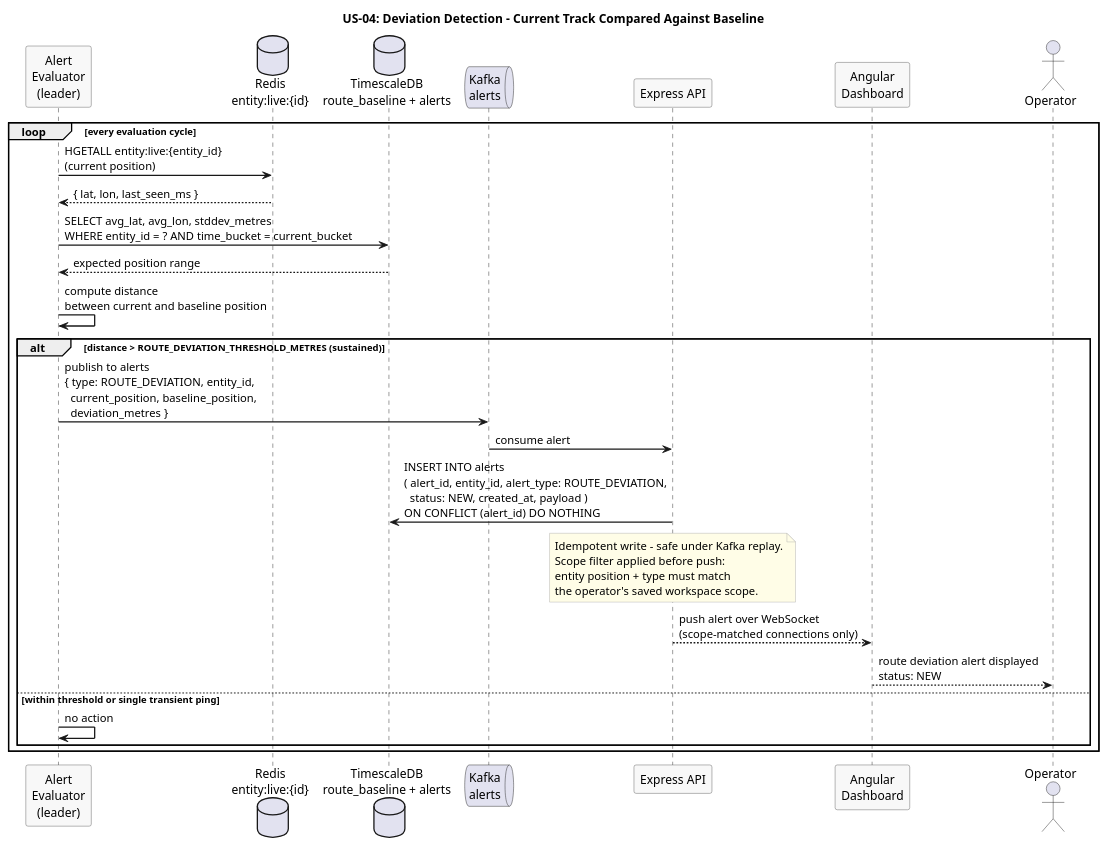
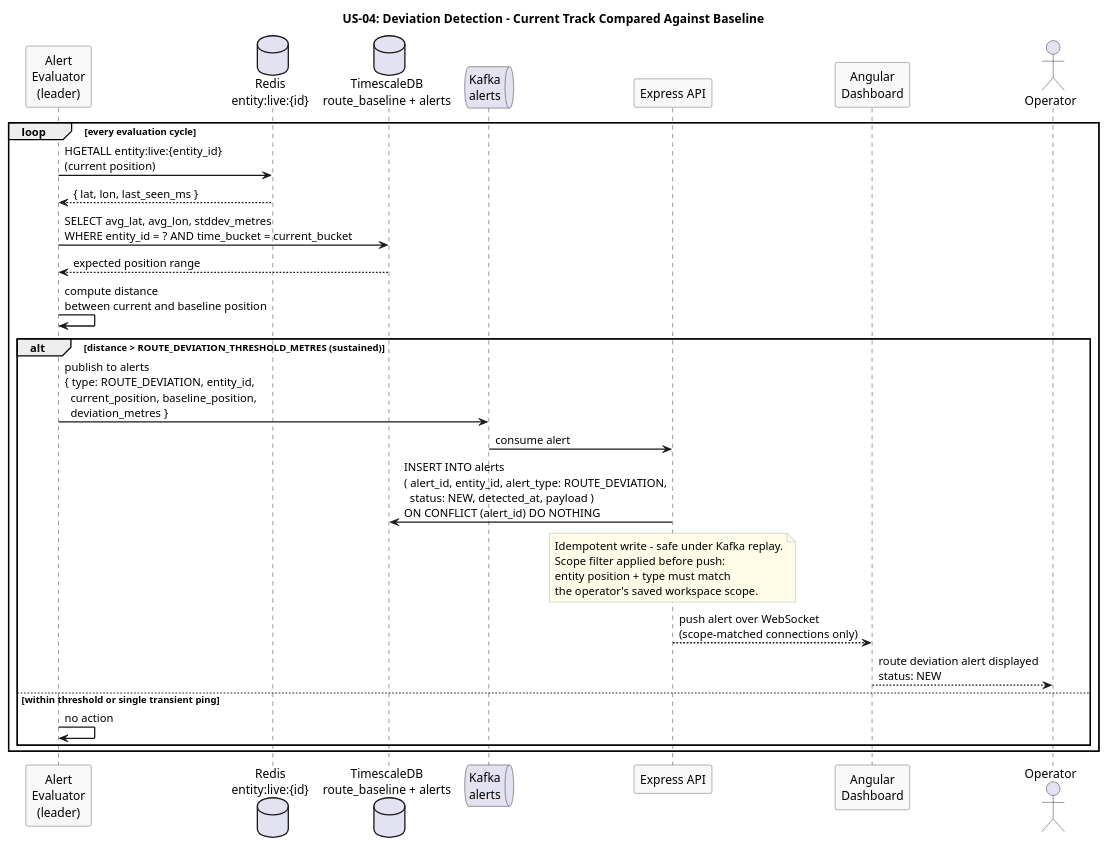
Before and after one commit to Buffden/sentinel: the diagram in docs/use-cases/US-04-route-deviation-alert/deviation-detection.puml, drawn with PlantUML. The commit also changed 6 other files, not shown here.

```diff
--- a/docs/use-cases/US-04-route-deviation-alert/deviation-detection.puml
+++ b/docs/use-cases/US-04-route-deviation-alert/deviation-detection.puml
@@ -1,44 +1,44 @@
 @startuml deviation-detection
 title US-04: Deviation Detection - Current Track Compared Against Baseline
 
 skinparam sequenceArrowThickness 1.5
 skinparam participantBorderColor #555555
 skinparam participantBackgroundColor #F8F8F8
 skinparam noteBorderColor #AAAAAA
 skinparam noteBackgroundColor #FFFDE7
 
 participant "Alert\nEvaluator\n(leader)" as Evaluator
 database "Redis\nentity:live:{id}" as Redis
 database "TimescaleDB\nroute_baseline + alerts" as Baseline
 queue "Kafka\nalerts" as Kafka
 participant "Express API" as API
 participant "Angular\nDashboard" as Dashboard
 actor Operator
 
 loop every evaluation cycle
   Evaluator -> Redis : HGETALL entity:live:{entity_id}\n(current position)
   Redis --> Evaluator : { lat, lon, last_seen_ms }
 
   Evaluator -> Baseline : SELECT avg_lat, avg_lon, stddev_metres\nWHERE entity_id = ? AND time_bucket = current_bucket
   Baseline --> Evaluator : expected position range
 
   Evaluator -> Evaluator : compute distance\nbetween current and baseline position
 
   alt distance > ROUTE_DEVIATION_THRESHOLD_METRES (sustained)
     Evaluator -> Kafka : publish to alerts\n{ type: ROUTE_DEVIATION, entity_id,\n  current_position, baseline_position,\n  deviation_metres }
     Kafka -> API : consume alert
-    API -> Baseline : INSERT INTO alerts\n( alert_id, entity_id, alert_type: ROUTE_DEVIATION,\n  status: NEW, created_at, payload )\nON CONFLICT (alert_id) DO NOTHING
+    API -> Baseline : INSERT INTO alerts\n( alert_id, entity_id, alert_type: ROUTE_DEVIATION,\n  status: NEW, detected_at, payload )\nON CONFLICT (alert_id) DO NOTHING
     note over API
       Idempotent write - safe under Kafka replay.
       Scope filter applied before push:
       entity position + type must match
       the operator's saved workspace scope.
     end note
     API --> Dashboard : push alert over WebSocket\n(scope-matched connections only)
     Dashboard --> Operator : route deviation alert displayed\nstatus: NEW
   else within threshold or single transient ping
     Evaluator -> Evaluator : no action
   end
 end
 
 @enduml
```
